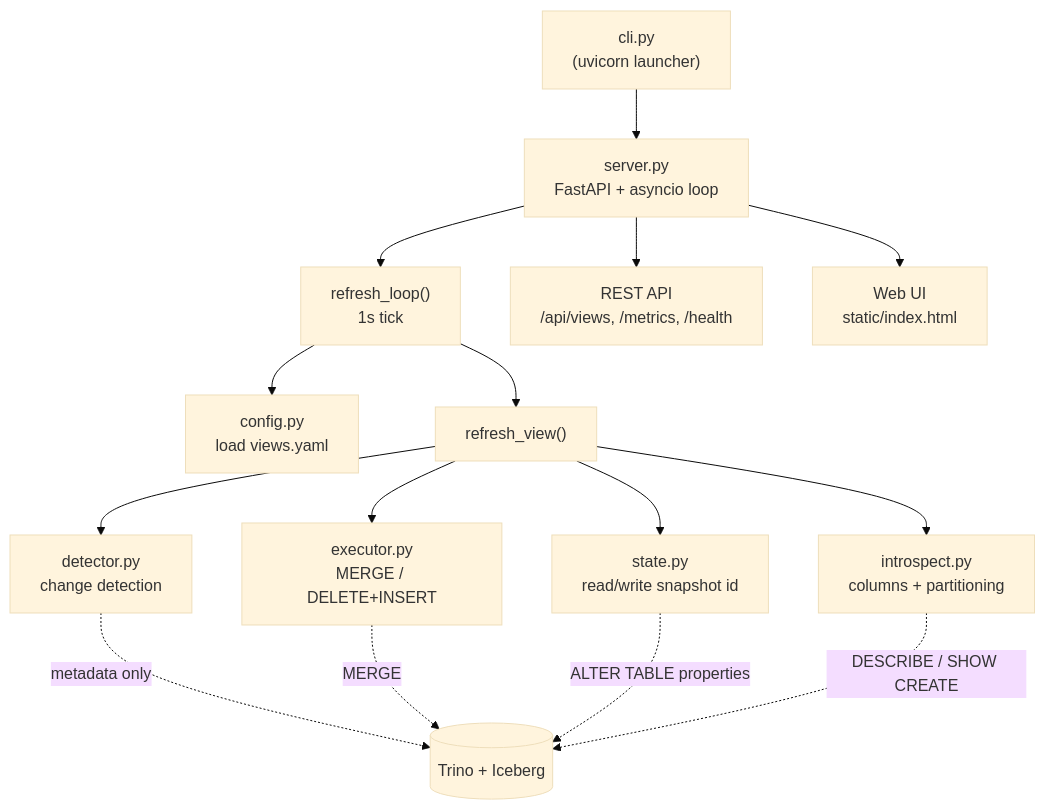
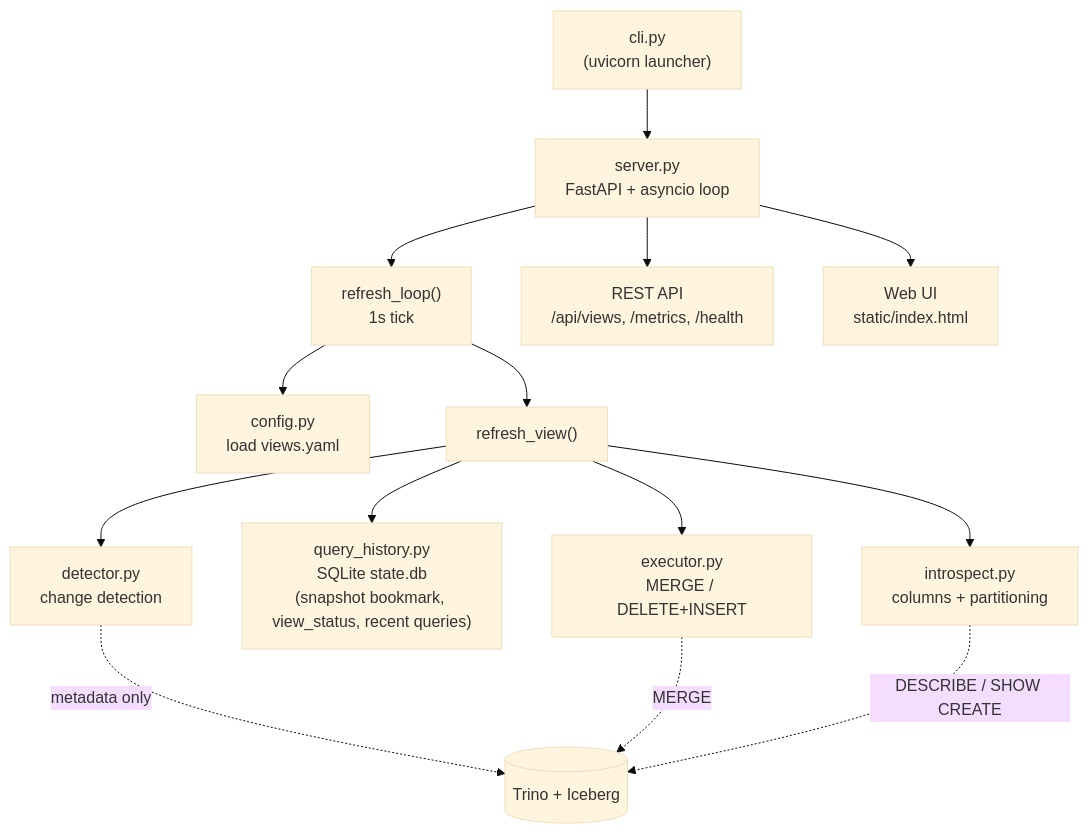
The third of 11 diagrams in LEARNING_GUIDE.md (jonasbrami/iceberg-ivm), drawn with Mermaid (base theme) before and after one commit. The commit also changed other lines of this file and 15 other files, not shown here.

First line of the commit message:
refactor: move source-snapshot bookmark from Iceberg properties to SQLite

````diff
--- a/LEARNING_GUIDE.md
+++ b/LEARNING_GUIDE.md
@@ -51,21 +51,20 @@
 ```mermaid
 flowchart TB
     CLI["cli.py<br/>(uvicorn launcher)"] --> Server["server.py<br/>FastAPI + asyncio loop"]
 
     Server --> Loop["refresh_loop()<br/>1s tick"]
     Server --> API["REST API<br/>/api/views, /metrics, /health"]
     Server --> UI["Web UI<br/>static/index.html"]
 
     Loop --> Cfg["config.py<br/>load views.yaml"]
     Loop --> Refresh["refresh_view()"]
 
     Refresh --> Introspect["introspect.py<br/>columns + partitioning"]
-    Refresh --> State["state.py<br/>read/write snapshot id"]
+    Refresh --> History["query_history.py<br/>SQLite state.db<br/>(snapshot bookmark, view_status, recent queries)"]
     Refresh --> Detector["detector.py<br/>change detection"]
     Refresh --> Executor["executor.py<br/>MERGE / DELETE+INSERT"]
 
     Detector -. "metadata only" .-> Trino[("Trino + Iceberg")]
     Executor -. "MERGE" .-> Trino
-    State -. "ALTER TABLE properties" .-> Trino
     Introspect -. "DESCRIBE / SHOW CREATE" .-> Trino
 ```
````
